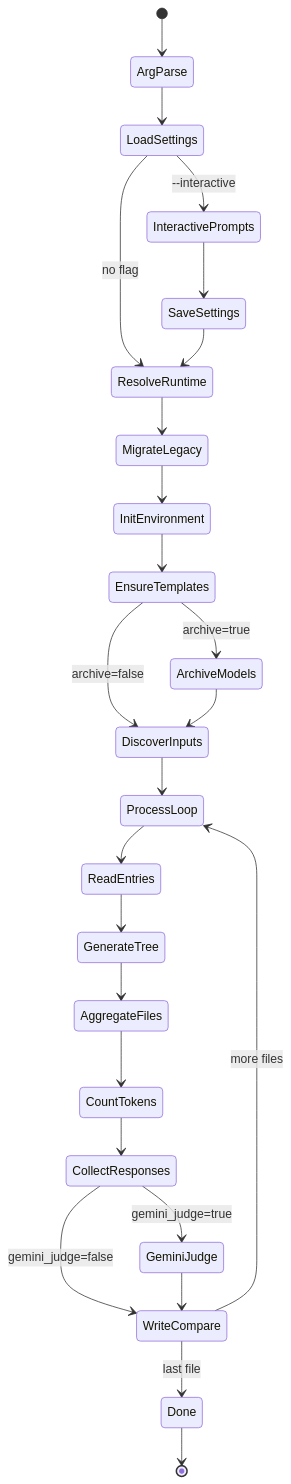
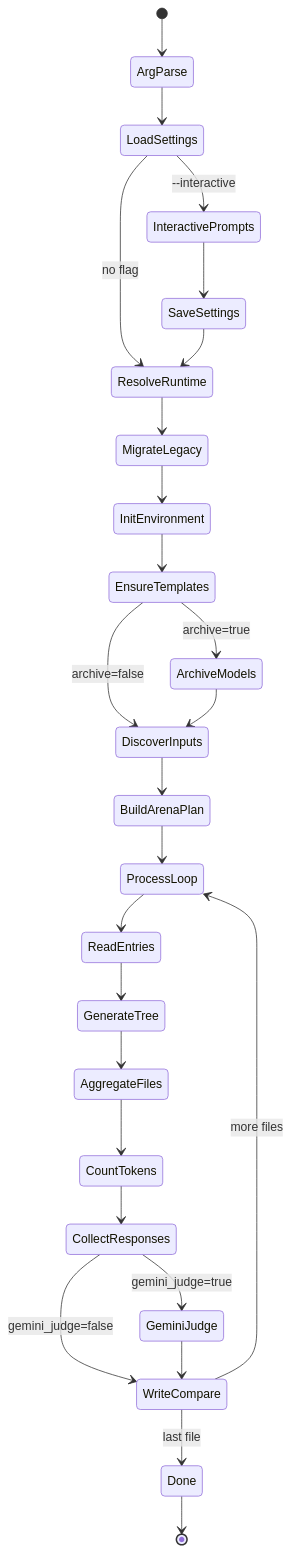
The third of 4 diagrams in VISUALIZATION_PROMPT.md (fotedev/context), drawn with Mermaid before and after one commit. The commit also changed other lines of this file and 10 other files, not shown here.

````diff
--- a/VISUALIZATION_PROMPT.md
+++ b/VISUALIZATION_PROMPT.md
@@ -316,27 +374,28 @@
 ```mermaid
 stateDiagram-v2
     [*] --> ArgParse
     ArgParse --> LoadSettings
     LoadSettings --> InteractivePrompts : --interactive
     LoadSettings --> ResolveRuntime : no flag
     InteractivePrompts --> SaveSettings
     SaveSettings --> ResolveRuntime
     ResolveRuntime --> MigrateLegacy
     MigrateLegacy --> InitEnvironment
     InitEnvironment --> EnsureTemplates
     EnsureTemplates --> ArchiveModels : archive=true
     EnsureTemplates --> DiscoverInputs : archive=false
     ArchiveModels --> DiscoverInputs
-    DiscoverInputs --> ProcessLoop
+    DiscoverInputs --> BuildArenaPlan
+    BuildArenaPlan --> ProcessLoop
     ProcessLoop --> ReadEntries
     ReadEntries --> GenerateTree
     GenerateTree --> AggregateFiles
     AggregateFiles --> CountTokens
     CountTokens --> CollectResponses
     CollectResponses --> GeminiJudge : gemini_judge=true
     CollectResponses --> WriteCompare : gemini_judge=false
     GeminiJudge --> WriteCompare
     WriteCompare --> ProcessLoop : more files
     WriteCompare --> Done : last file
     Done --> [*]
 ```
````
